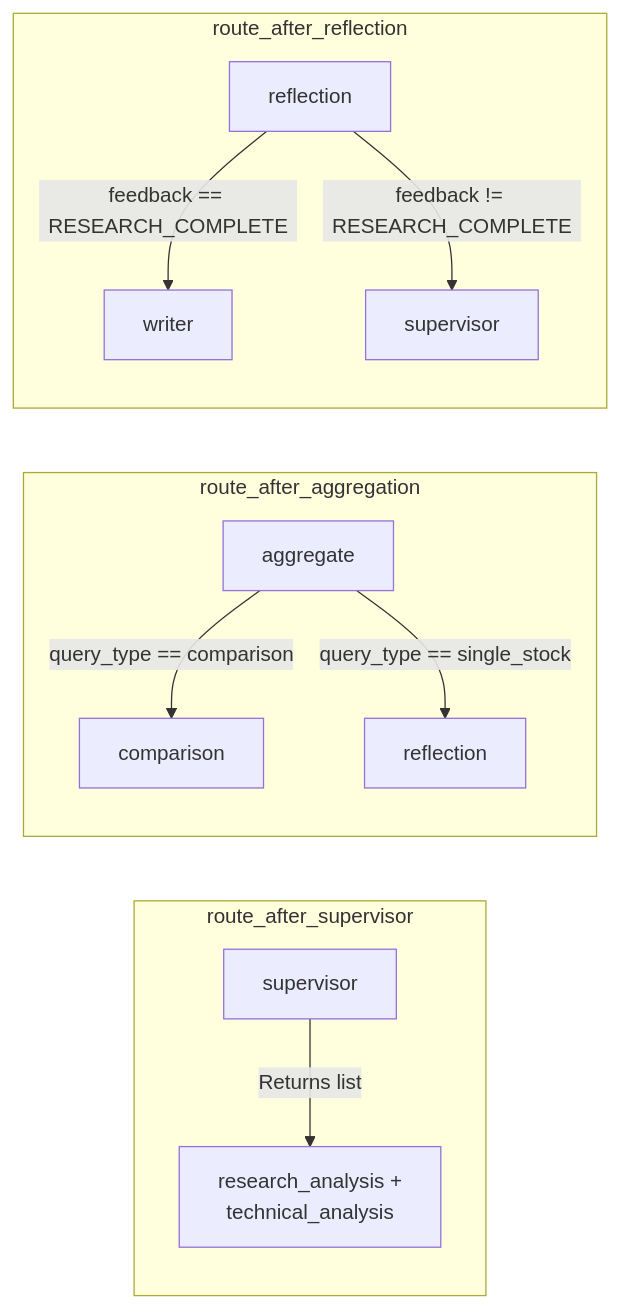
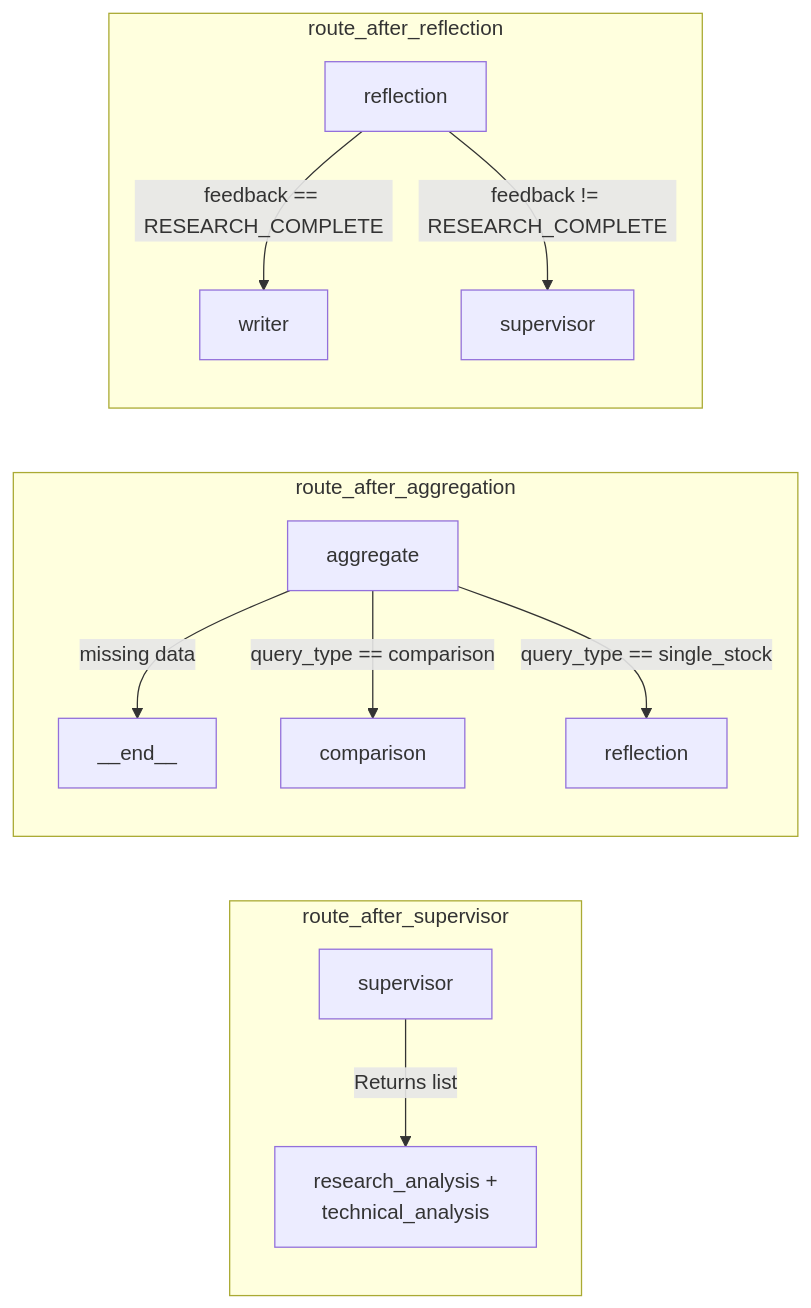
The fourth of 10 diagrams in doc/architecture.md (himanshu231204/AlphaResearch-AI), drawn with Mermaid before and after one commit. The commit also changed other lines of this file and 4 other files, not shown here.

````diff
--- a/doc/architecture.md
+++ b/doc/architecture.md
@@ -157,16 +157,17 @@
 ```mermaid
 flowchart LR
     subgraph "route_after_supervisor"
         S1["supervisor"] -->|"Returns list"| PAR["research_analysis +<br/>technical_analysis"]
     end
 
     subgraph "route_after_aggregation"
-        A1["aggregate"] -->|"query_type == comparison"| CMP["comparison"]
+        A1["aggregate"] -->|"missing data"| END["__end__"]
+        A1 -->|"query_type == comparison"| CMP["comparison"]
         A1 -->|"query_type == single_stock"| REF["reflection"]
     end
 
     subgraph "route_after_reflection"
         R1["reflection"] -->|"feedback == RESEARCH_COMPLETE"| WR["writer"]
         R1 -->|"feedback != RESEARCH_COMPLETE"| SUP["supervisor"]
     end
 ```
````
